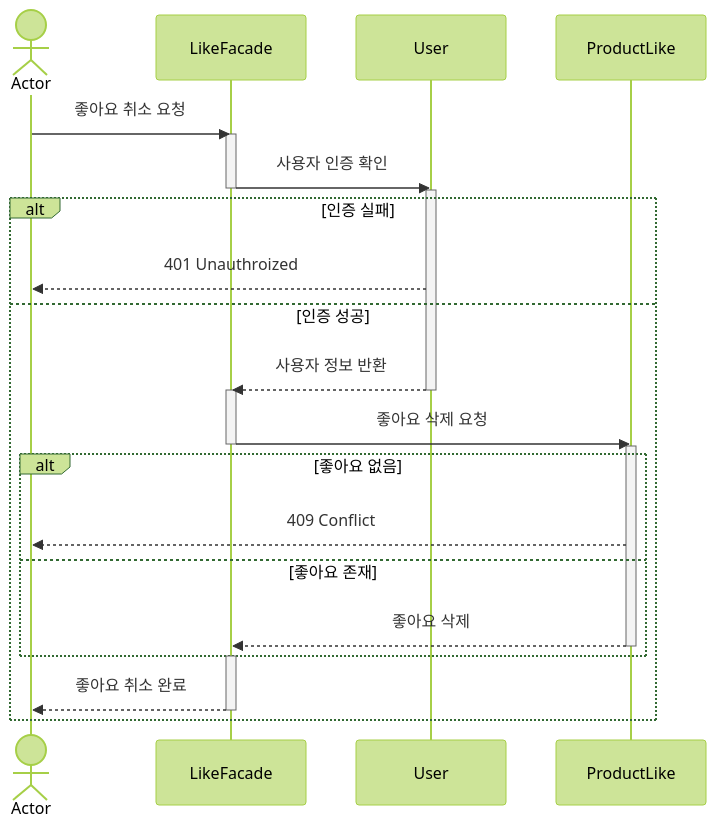
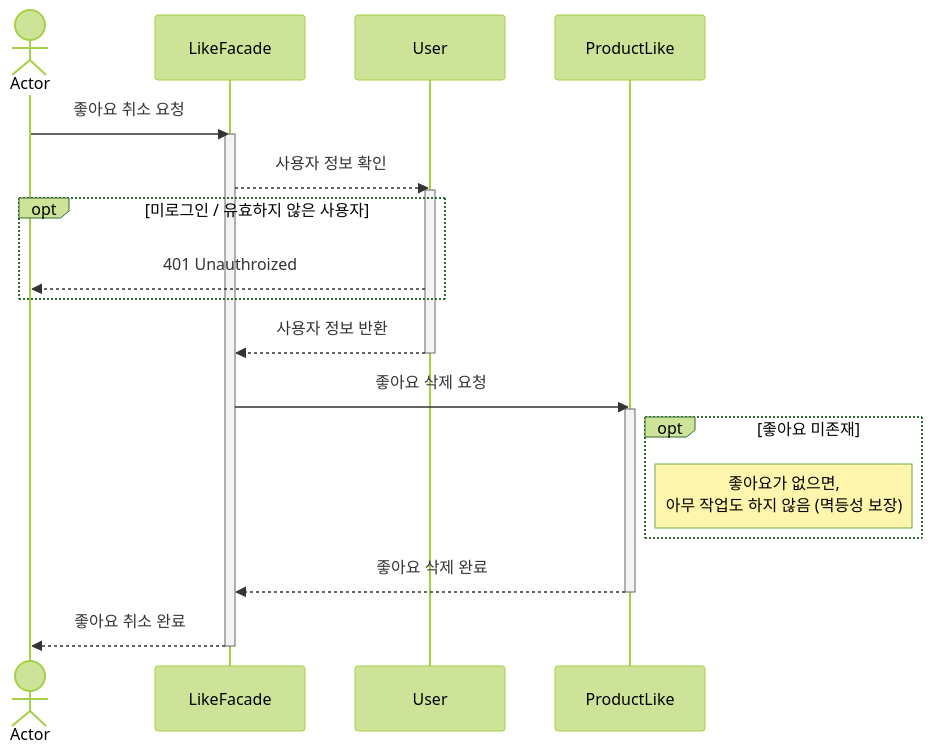
The fifth of 9 diagrams in docs/design/02-sequence-diagrams.md (hgh1472/loopers), drawn with Mermaid (forest theme) before and after one commit. The commit also changed other lines of this file and 3 other files, not shown here.

````diff
--- a/docs/design/02-sequence-diagrams.md
+++ b/docs/design/02-sequence-diagrams.md
@@ -203,31 +139,26 @@
 ```mermaid
 sequenceDiagram
   Actor A as Actor
   Participant LF as LikeFacade
   Participant U as User
   Participant L as ProductLike
+    
     A->>LF:좋아요 취소 요청
     activate LF
-    LF->>U: 사용자 인증 확인
+    LF-->>U: 사용자 정보 확인
+    activate U
+    opt 미로그인 / 유효하지 않은 사용자
+      U-->>A: 401 Unauthroized
+    end
+    U-->>LF: 사용자 정보 반환
+    deactivate U
+    LF->>L: 좋아요 삭제 요청
+    activate L
+    opt 좋아요 미존재
+       Note right of L: 좋아요가 없으면,<br> 아무 작업도 하지 않음 (멱등성 보장)
+    end
+    L-->>LF: 좋아요 삭제 완료
+    deactivate L
+    LF-->>A: 좋아요 취소 완료
     deactivate LF
-    activate U
-    alt 인증 실패
-      U-->>A: 401 Unauthroized
-    else 인증 성공
-      U-->>LF: 사용자 정보 반환
-      deactivate U
-      activate LF
-      LF->>L: 좋아요 삭제 요청
-      deactivate LF
-      activate L
-      alt 좋아요 없음
-        L-->>A: 409 Conflict
-      else 좋아요 존재
-        L-->>LF: 좋아요 삭제
-        deactivate L
-      end
-      activate LF
-      LF-->>A: 좋아요 취소 완료
-      deactivate LF
-    end
 ```
````
